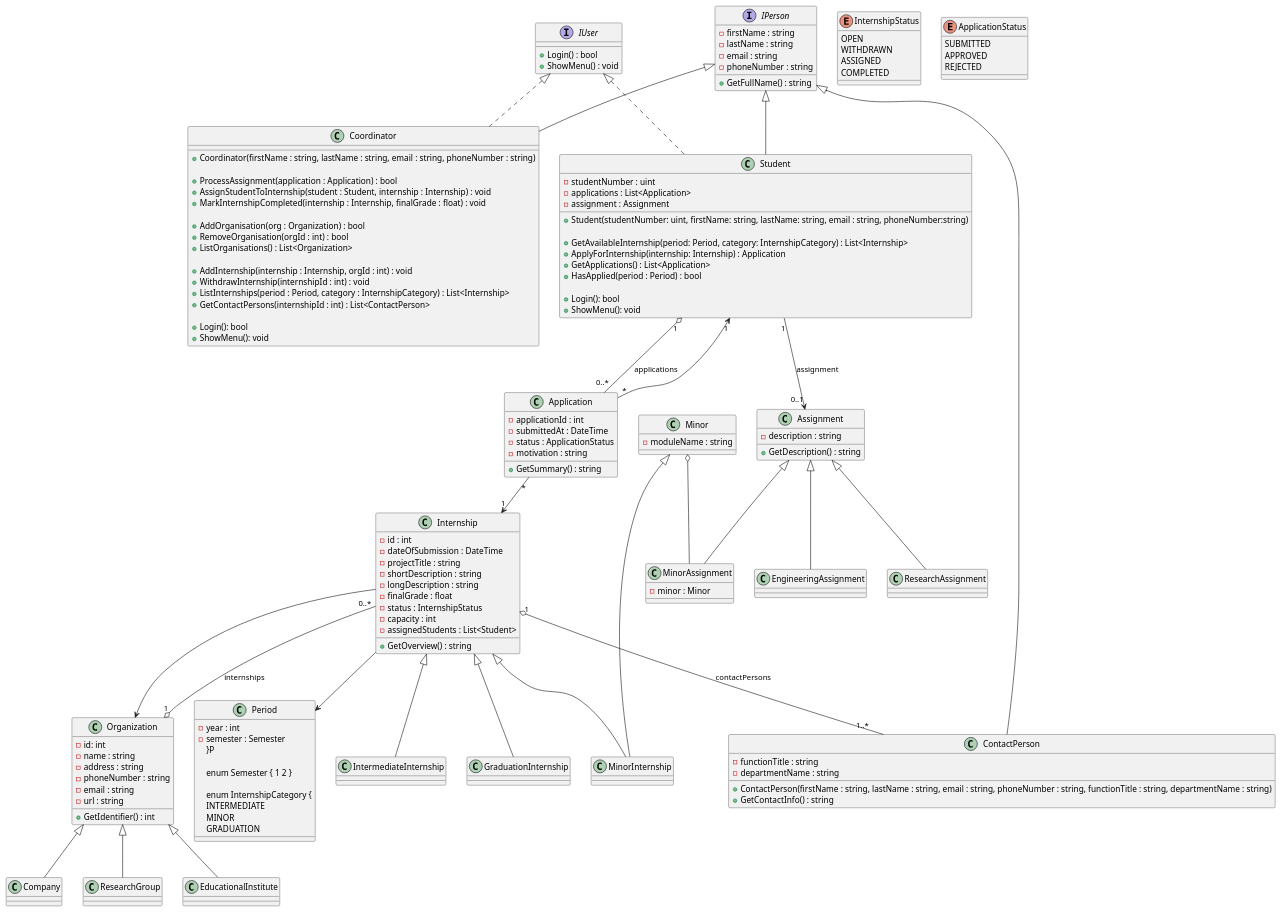
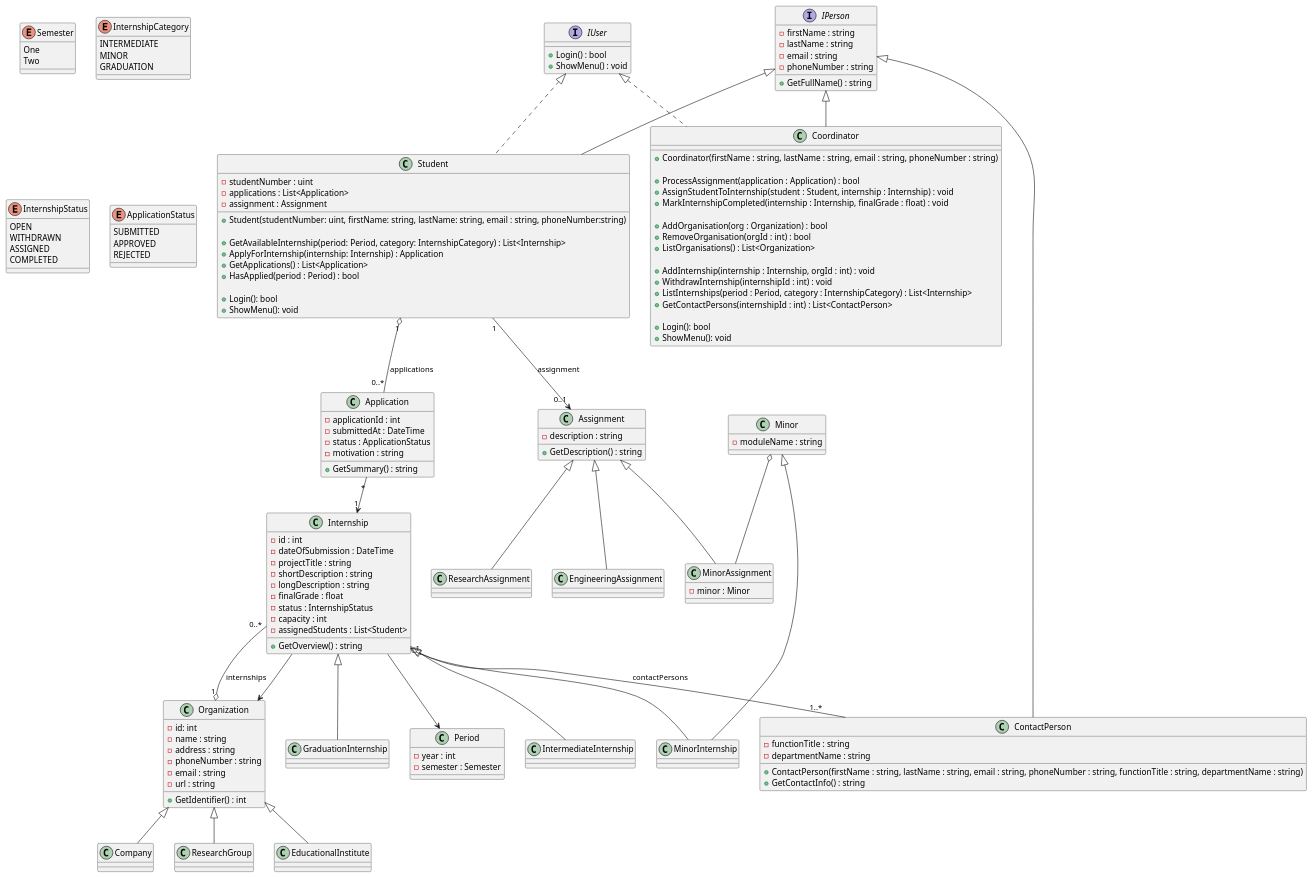
One commit to JoiningwithMattheus/Week1 changed the diagram in Week3/ClassDiagram.puml. Above: the diagram before and after it, drawn with PlantUML. The commit also changed 9 other files, not shown here.

```diff
--- a/Week3/ClassDiagram.puml
+++ b/Week3/ClassDiagram.puml
@@ -1,176 +1,178 @@
 @startuml SIS
 
 interface IUser {
     +Login() : bool
     +ShowMenu() : void
 }
 
 interface IPerson {
     -firstName : string
     -lastName : string
     -email : string
     -phoneNumber : string
     +GetFullName() : string
 }
 
 class Student {
     -studentNumber : uint
     -applications : List<Application>
     -assignment : Assignment
 
     +Student(studentNumber: uint, firstName: string, lastName: string, email : string, phoneNumber:string)
 
     +GetAvailableInternship(period: Period, category: InternshipCategory) : List<Internship>
     +ApplyForInternship(internship: Internship) : Application
     +GetApplications() : List<Application>
     +HasApplied(period : Period) : bool
 
     +Login(): bool
     +ShowMenu(): void
 }
 
 class Coordinator {
     +Coordinator(firstName : string, lastName : string, email : string, phoneNumber : string)
 
     +ProcessAssignment(application : Application) : bool
     +AssignStudentToInternship(student : Student, internship : Internship) : void
     +MarkInternshipCompleted(internship : Internship, finalGrade : float) : void
 
     +AddOrganisation(org : Organization) : bool
     +RemoveOrganisation(orgId : int) : bool
     +ListOrganisations() : List<Organization>
 
     +AddInternship(internship : Internship, orgId : int) : void
     +WithdrawInternship(internshipId : int) : void
     +ListInternships(period : Period, category : InternshipCategory) : List<Internship>
     +GetContactPersons(internshipId : int) : List<ContactPerson>
 
     +Login(): bool
     +ShowMenu(): void
 }
 
 IUser <|.. Student
 IUser <|.. Coordinator
 
 IPerson <|-- Student
 IPerson <|-- Coordinator
 
 class Organization {
     -id: int
     -name : string
     -address : string
     -phoneNumber : string
     -email : string
     -url : string
     +GetIdentifier() : int
 }
 
 class ContactPerson {
     -functionTitle : string
     -departmentName : string
     +ContactPerson(firstName : string, lastName : string, email : string, phoneNumber : string, functionTitle : string, departmentName : string)
     +GetContactInfo() : string
 }
 IPerson <|-- ContactPerson
 
 class Company
 class ResearchGroup
 class EducationalInstitute
 
 Organization <|-- Company
 Organization <|-- ResearchGroup
 Organization <|-- EducationalInstitute
 
+enum Semester {
+    One
+    Two
+}
+
 class Period {
     -year : int
     -semester : Semester
-}P
-
-enum Semester { 1 2 }
+}
 
 enum InternshipCategory {
     INTERMEDIATE
     MINOR
     GRADUATION
 }
 
 class Internship {
     -id : int
     -dateOfSubmission : DateTime
     -projectTitle : string
     -shortDescription : string
     -longDescription : string
     -finalGrade : float
     -status : InternshipStatus
     -capacity : int
     -assignedStudents : List<Student>
 
     +GetOverview() : string
 }
 
 enum InternshipStatus {
     OPEN
     WITHDRAWN
     ASSIGNED
     COMPLETED
 }
 
 Internship --> Period
 Internship --> Organization
 Internship "1" o-- "1..*" ContactPerson : contactPersons
 
 Organization "1" o-- "0..*" Internship : internships
 
 
 class Application {
     -applicationId : int
     -submittedAt : DateTime
     -status : ApplicationStatus
     -motivation : string
 
     +GetSummary() : string
 }
 
 enum ApplicationStatus {
     SUBMITTED
     APPROVED
     REJECTED
 }
 
 Student "1" o-- "0..*" Application : applications
 Application "*" --> "1" Internship
-Application "*" --> "1" Student
 
 class Assignment {
     -description : string
     +GetDescription() : string
 }
 
 Assignment <|-- ResearchAssignment
 Assignment <|-- MinorAssignment
 Assignment <|-- EngineeringAssignment
 
 class ResearchAssignment
 class MinorAssignment {
     -minor : Minor
 }
 class EngineeringAssignment
 
 Student "1" --> "0..1" Assignment : assignment
 
 class Minor {
     -moduleName : string
 }
 
 Minor <|-- MinorInternship
 Minor o-- MinorAssignment
 
 class IntermediateInternship
 class MinorInternship
 class GraduationInternship
 
 Internship <|-- IntermediateInternship
 Internship <|-- MinorInternship
 Internship <|-- GraduationInternship
 
 @enduml
```
